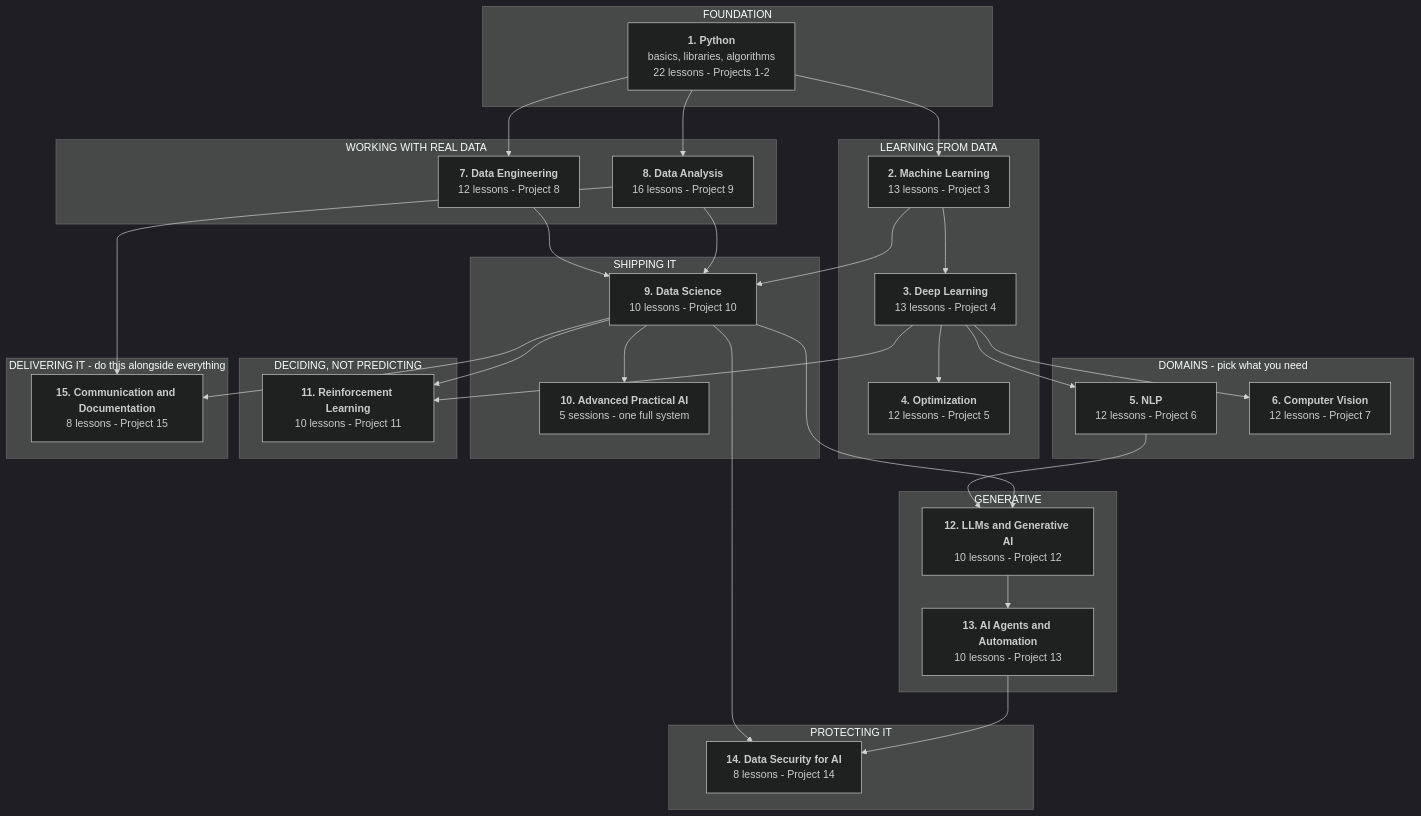
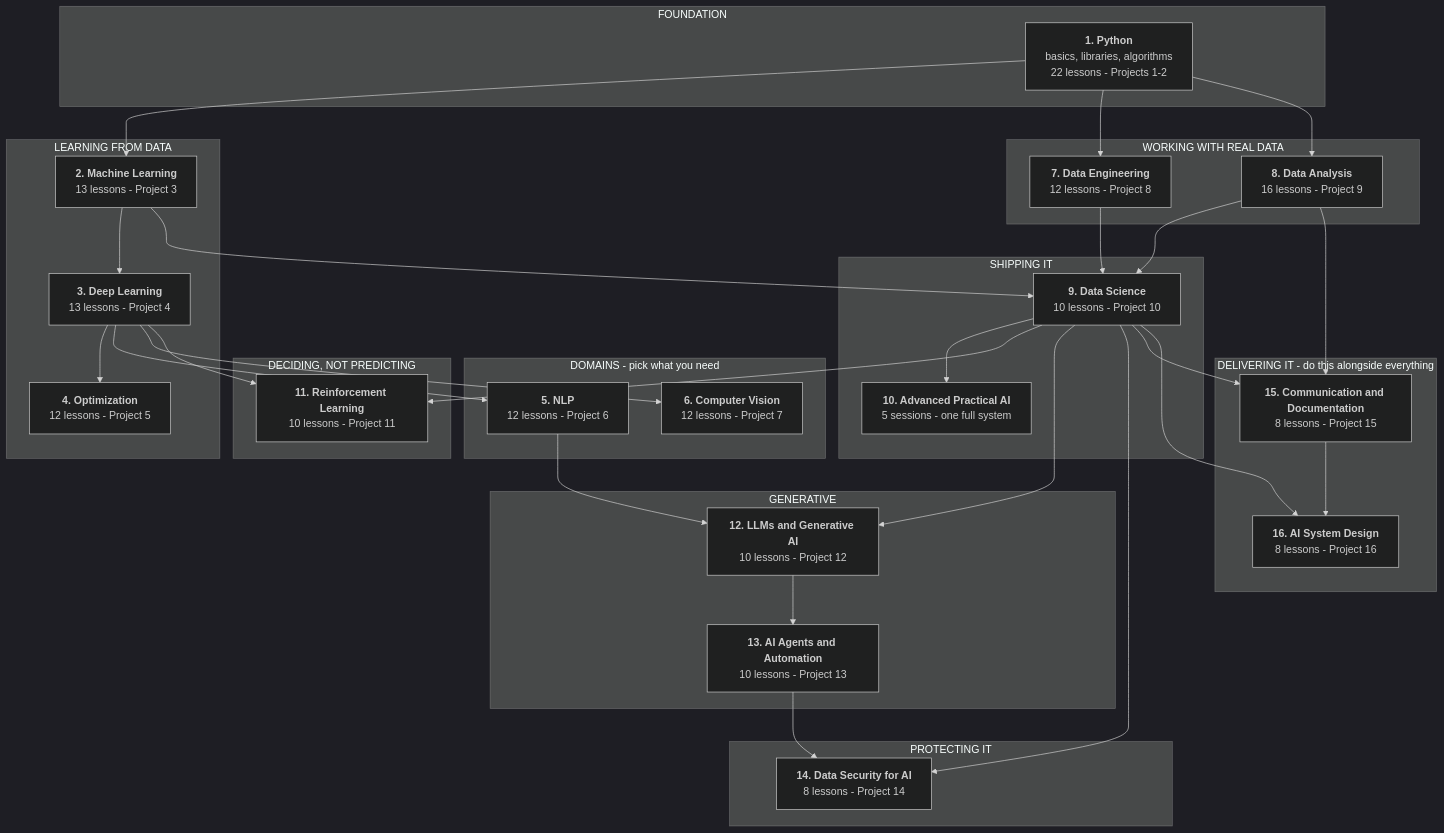
One commit to Tayel-Ai-Labs-Courses/Advanced-AI changed the diagram in README.md. Above: the diagram before and after it, drawn with Mermaid (dark theme). The commit also changed other lines of this file and 21 other files, not shown here.

First line of the commit message:
Add AI System Design course with Project 16, and CURRICULUM.md

````diff
--- a/README.md
+++ b/README.md
@@ -14,55 +14,58 @@
 ```mermaid
 flowchart TD
     subgraph P0["FOUNDATION"]
         A["<b>1. Python</b><br/>basics, libraries, algorithms<br/>22 lessons - Projects 1-2"]
     end
     subgraph P1["LEARNING FROM DATA"]
         B["<b>2. Machine Learning</b><br/>13 lessons - Project 3"]
         C["<b>3. Deep Learning</b><br/>13 lessons - Project 4"]
         D["<b>4. Optimization</b><br/>12 lessons - Project 5"]
     end
     subgraph P2["DOMAINS - pick what you need"]
         E["<b>5. NLP</b><br/>12 lessons - Project 6"]
         F["<b>6. Computer Vision</b><br/>12 lessons - Project 7"]
     end
     subgraph P3["WORKING WITH REAL DATA"]
         G["<b>7. Data Engineering</b><br/>12 lessons - Project 8"]
         H["<b>8. Data Analysis</b><br/>16 lessons - Project 9"]
     end
     subgraph P4["SHIPPING IT"]
         I["<b>9. Data Science</b><br/>10 lessons - Project 10"]
         J["<b>10. Advanced Practical AI</b><br/>5 sessions - one full system"]
     end
     subgraph P5["DECIDING, NOT PREDICTING"]
         K["<b>11. Reinforcement Learning</b><br/>10 lessons - Project 11"]
     end
     subgraph P6["GENERATIVE"]
         L["<b>12. LLMs and Generative AI</b><br/>10 lessons - Project 12"]
         M["<b>13. AI Agents and Automation</b><br/>10 lessons - Project 13"]
     end
     subgraph P7["PROTECTING IT"]
         N["<b>14. Data Security for AI</b><br/>8 lessons - Project 14"]
     end
     subgraph P8["DELIVERING IT - do this alongside everything"]
         O["<b>15. Communication and Documentation</b><br/>8 lessons - Project 15"]
+        Q["<b>16. AI System Design</b><br/>8 lessons - Project 16"]
     end
 
     A --> B --> C --> D
     C --> E
     C --> F
     A --> G
     A --> H
     B --> I
     G --> I
     H --> I
     I --> J
     C --> K
     I --> K
     E --> L
     I --> L
     L --> M
     I --> N
     M --> N
     I --> O
     H --> O
+    I --> Q
+    O --> Q
 ```
````
